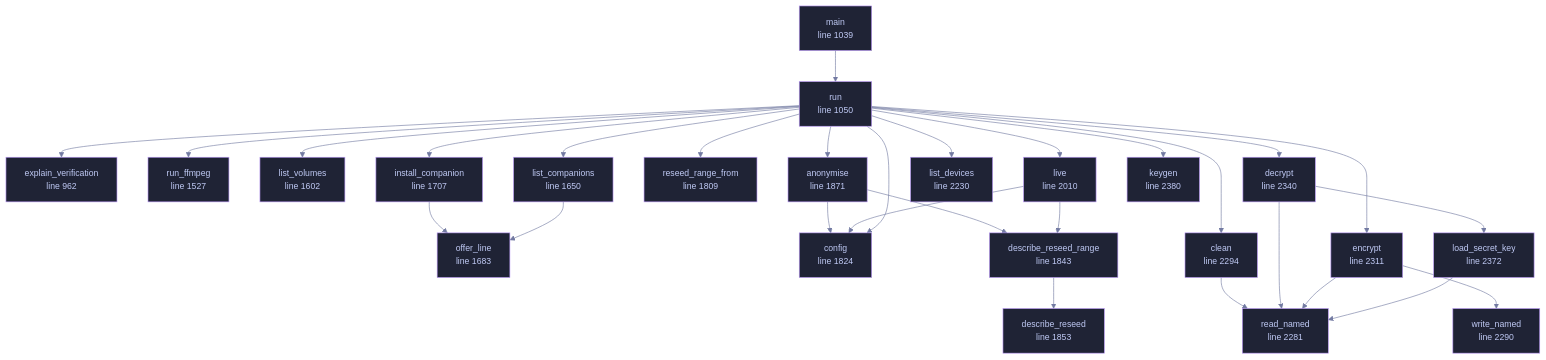
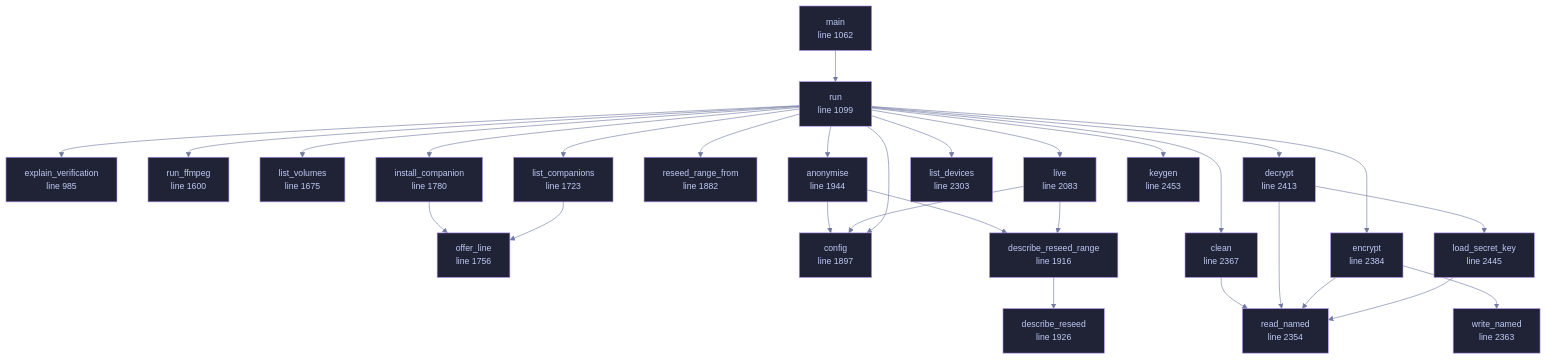
One commit to tilas01/veilvoice changed the diagram in docs/files/veilvoice-cli/main.md. Above: the diagram before and after it, drawn with Mermaid. The commit also changed other lines of this file and 82 other files, not shown here.

````diff
--- a/docs/files/veilvoice-cli/main.md
+++ b/docs/files/veilvoice-cli/main.md
@@ -133,78 +133,78 @@
 ```mermaid
 %%{init: {"theme":"base","themeVariables":{"background":"#1a1b26","primaryColor":"#1f2335","primaryTextColor":"#c0caf5","primaryBorderColor":"#7aa2f7","secondaryColor":"#16161e","tertiaryColor":"#16161e","lineColor":"#737aa2","textColor":"#c0caf5","mainBkg":"#1f2335","nodeBorder":"#7aa2f7","clusterBkg":"#16161e","clusterBorder":"#2f3549","fontFamily":"ui-monospace, SFMono-Regular, Consolas, monospace","fontSize":"14px"}}}%%
 flowchart TD
-    n_explain_verification["explain_verification<br/>line 962"]
-    n_main["main<br/>line 1039"]
-    n_run["run<br/>line 1050"]
-    n_run_ffmpeg["run_ffmpeg<br/>line 1527"]
-    n_list_volumes["list_volumes<br/>line 1602"]
-    n_list_companions["list_companions<br/>line 1650"]
-    n_offer_line["offer_line<br/>line 1683"]
-    n_install_companion["install_companion<br/>line 1707"]
-    n_reseed_range_from["reseed_range_from<br/>line 1809"]
-    n_config["config<br/>line 1824"]
-    n_describe_reseed_range["describe_reseed_range<br/>line 1843"]
-    n_describe_reseed["describe_reseed<br/>line 1853"]
-    n_anonymise["anonymise<br/>line 1871"]
-    n_live["live<br/>line 2010"]
-    n_list_devices["list_devices<br/>line 2230"]
-    n_read_named["read_named<br/>line 2281"]
-    n_write_named["write_named<br/>line 2290"]
-    n_clean["clean<br/>line 2294"]
-    n_encrypt["encrypt<br/>line 2311"]
-    n_decrypt["decrypt<br/>line 2340"]
-    n_load_secret_key["load_secret_key<br/>line 2372"]
-    n_keygen["keygen<br/>line 2380"]
+    n_explain_verification["explain_verification<br/>line 985"]
+    n_main["main<br/>line 1062"]
+    n_run["run<br/>line 1099"]
+    n_run_ffmpeg["run_ffmpeg<br/>line 1600"]
+    n_list_volumes["list_volumes<br/>line 1675"]
+    n_list_companions["list_companions<br/>line 1723"]
+    n_offer_line["offer_line<br/>line 1756"]
+    n_install_companion["install_companion<br/>line 1780"]
+    n_reseed_range_from["reseed_range_from<br/>line 1882"]
+    n_config["config<br/>line 1897"]
+    n_describe_reseed_range["describe_reseed_range<br/>line 1916"]
+    n_describe_reseed["describe_reseed<br/>line 1926"]
+    n_anonymise["anonymise<br/>line 1944"]
+    n_live["live<br/>line 2083"]
+    n_list_devices["list_devices<br/>line 2303"]
+    n_read_named["read_named<br/>line 2354"]
+    n_write_named["write_named<br/>line 2363"]
+    n_clean["clean<br/>line 2367"]
+    n_encrypt["encrypt<br/>line 2384"]
+    n_decrypt["decrypt<br/>line 2413"]
+    n_load_secret_key["load_secret_key<br/>line 2445"]
+    n_keygen["keygen<br/>line 2453"]
     n_anonymise --> n_config
     n_anonymise --> n_describe_reseed_range
     n_clean --> n_read_named
     n_decrypt --> n_load_secret_key
     n_decrypt --> n_read_named
     n_describe_reseed_range --> n_describe_reseed
     n_encrypt --> n_read_named
     n_encrypt --> n_write_named
     n_install_companion --> n_offer_line
     n_list_companions --> n_offer_line
     n_live --> n_config
     n_live --> n_describe_reseed_range
     n_load_secret_key --> n_read_named
     n_main --> n_run
     n_run --> n_anonymise
     n_run --> n_clean
     n_run --> n_config
     n_run --> n_decrypt
     n_run --> n_encrypt
     n_run --> n_explain_verification
     n_run --> n_install_companion
     n_run --> n_keygen
     n_run --> n_list_companions
     n_run --> n_list_devices
     n_run --> n_list_volumes
     n_run --> n_live
     n_run --> n_reseed_range_from
     n_run --> n_run_ffmpeg
-    click n_explain_verification href "https://github.com/tilas01/veilvoice/blob/main/crates/veilvoice-cli/src/main.rs#L962" "open the source"
-    click n_main href "https://github.com/tilas01/veilvoice/blob/main/crates/veilvoice-cli/src/main.rs#L1039" "open the source"
-    click n_run href "https://github.com/tilas01/veilvoice/blob/main/crates/veilvoice-cli/src/main.rs#L1050" "open the source"
-    click n_run_ffmpeg href "https://github.com/tilas01/veilvoice/blob/main/crates/veilvoice-cli/src/main.rs#L1527" "open the source"
-    click n_list_volumes href "https://github.com/tilas01/veilvoice/blob/main/crates/veilvoice-cli/src/main.rs#L1602" "open the source"
-    click n_list_companions href "https://github.com/tilas01/veilvoice/blob/main/crates/veilvoice-cli/src/main.rs#L1650" "open the source"
-    click n_offer_line href "https://github.com/tilas01/veilvoice/blob/main/crates/veilvoice-cli/src/main.rs#L1683" "open the source"
-    click n_install_companion href "https://github.com/tilas01/veilvoice/blob/main/crates/veilvoice-cli/src/main.rs#L1707" "open the source"
-    click n_reseed_range_from href "https://github.com/tilas01/veilvoice/blob/main/crates/veilvoice-cli/src/main.rs#L1809" "open the source"
-    click n_config href "https://github.com/tilas01/veilvoice/blob/main/crates/veilvoice-cli/src/main.rs#L1824" "open the source"
-    click n_describe_reseed_range href "https://github.com/tilas01/veilvoice/blob/main/crates/veilvoice-cli/src/main.rs#L1843" "open the source"
-    click n_describe_reseed href "https://github.com/tilas01/veilvoice/blob/main/crates/veilvoice-cli/src/main.rs#L1853" "open the source"
-    click n_anonymise href "https://github.com/tilas01/veilvoice/blob/main/crates/veilvoice-cli/src/main.rs#L1871" "open the source"
-    click n_live href "https://github.com/tilas01/veilvoice/blob/main/crates/veilvoice-cli/src/main.rs#L2010" "open the source"
-    click n_list_devices href "https://github.com/tilas01/veilvoice/blob/main/crates/veilvoice-cli/src/main.rs#L2230" "open the source"
-    click n_read_named href "https://github.com/tilas01/veilvoice/blob/main/crates/veilvoice-cli/src/main.rs#L2281" "open the source"
-    click n_write_named href "https://github.com/tilas01/veilvoice/blob/main/crates/veilvoice-cli/src/main.rs#L2290" "open the source"
-    click n_clean href "https://github.com/tilas01/veilvoice/blob/main/crates/veilvoice-cli/src/main.rs#L2294" "open the source"
-    click n_encrypt href "https://github.com/tilas01/veilvoice/blob/main/crates/veilvoice-cli/src/main.rs#L2311" "open the source"
-    click n_decrypt href "https://github.com/tilas01/veilvoice/blob/main/crates/veilvoice-cli/src/main.rs#L2340" "open the source"
-    click n_load_secret_key href "https://github.com/tilas01/veilvoice/blob/main/crates/veilvoice-cli/src/main.rs#L2372" "open the source"
-    click n_keygen href "https://github.com/tilas01/veilvoice/blob/main/crates/veilvoice-cli/src/main.rs#L2380" "open the source"
+    click n_explain_verification href "https://github.com/tilas01/veilvoice/blob/main/crates/veilvoice-cli/src/main.rs#L985" "open the source"
+    click n_main href "https://github.com/tilas01/veilvoice/blob/main/crates/veilvoice-cli/src/main.rs#L1062" "open the source"
+    click n_run href "https://github.com/tilas01/veilvoice/blob/main/crates/veilvoice-cli/src/main.rs#L1099" "open the source"
+    click n_run_ffmpeg href "https://github.com/tilas01/veilvoice/blob/main/crates/veilvoice-cli/src/main.rs#L1600" "open the source"
+    click n_list_volumes href "https://github.com/tilas01/veilvoice/blob/main/crates/veilvoice-cli/src/main.rs#L1675" "open the source"
+    click n_list_companions href "https://github.com/tilas01/veilvoice/blob/main/crates/veilvoice-cli/src/main.rs#L1723" "open the source"
+    click n_offer_line href "https://github.com/tilas01/veilvoice/blob/main/crates/veilvoice-cli/src/main.rs#L1756" "open the source"
+    click n_install_companion href "https://github.com/tilas01/veilvoice/blob/main/crates/veilvoice-cli/src/main.rs#L1780" "open the source"
+    click n_reseed_range_from href "https://github.com/tilas01/veilvoice/blob/main/crates/veilvoice-cli/src/main.rs#L1882" "open the source"
+    click n_config href "https://github.com/tilas01/veilvoice/blob/main/crates/veilvoice-cli/src/main.rs#L1897" "open the source"
+    click n_describe_reseed_range href "https://github.com/tilas01/veilvoice/blob/main/crates/veilvoice-cli/src/main.rs#L1916" "open the source"
+    click n_describe_reseed href "https://github.com/tilas01/veilvoice/blob/main/crates/veilvoice-cli/src/main.rs#L1926" "open the source"
+    click n_anonymise href "https://github.com/tilas01/veilvoice/blob/main/crates/veilvoice-cli/src/main.rs#L1944" "open the source"
+    click n_live href "https://github.com/tilas01/veilvoice/blob/main/crates/veilvoice-cli/src/main.rs#L2083" "open the source"
+    click n_list_devices href "https://github.com/tilas01/veilvoice/blob/main/crates/veilvoice-cli/src/main.rs#L2303" "open the source"
+    click n_read_named href "https://github.com/tilas01/veilvoice/blob/main/crates/veilvoice-cli/src/main.rs#L2354" "open the source"
+    click n_write_named href "https://github.com/tilas01/veilvoice/blob/main/crates/veilvoice-cli/src/main.rs#L2363" "open the source"
+    click n_clean href "https://github.com/tilas01/veilvoice/blob/main/crates/veilvoice-cli/src/main.rs#L2367" "open the source"
+    click n_encrypt href "https://github.com/tilas01/veilvoice/blob/main/crates/veilvoice-cli/src/main.rs#L2384" "open the source"
+    click n_decrypt href "https://github.com/tilas01/veilvoice/blob/main/crates/veilvoice-cli/src/main.rs#L2413" "open the source"
+    click n_load_secret_key href "https://github.com/tilas01/veilvoice/blob/main/crates/veilvoice-cli/src/main.rs#L2445" "open the source"
+    click n_keygen href "https://github.com/tilas01/veilvoice/blob/main/crates/veilvoice-cli/src/main.rs#L2453" "open the source"
     classDef helper fill:#1f2335,stroke:#bb9af7,color:#c0caf5
     class n_explain_verification,n_main,n_run,n_run_ffmpeg,n_list_volumes,n_list_companions,n_offer_line,n_install_companion,n_reseed_range_from,n_config,n_describe_reseed_range,n_describe_reseed,n_anonymise,n_live,n_list_devices,n_read_named,n_write_named,n_clean,n_encrypt,n_decrypt,n_load_secret_key,n_keygen helper
 ```
````
